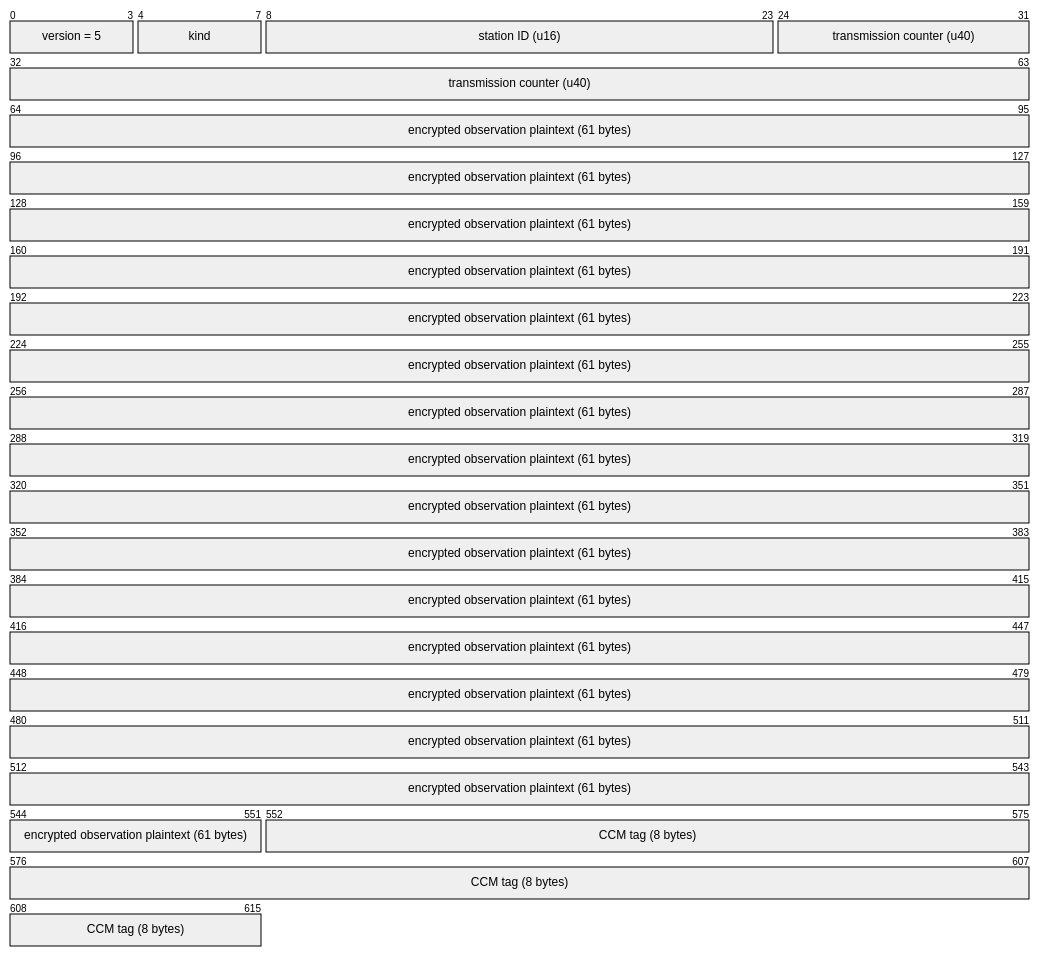
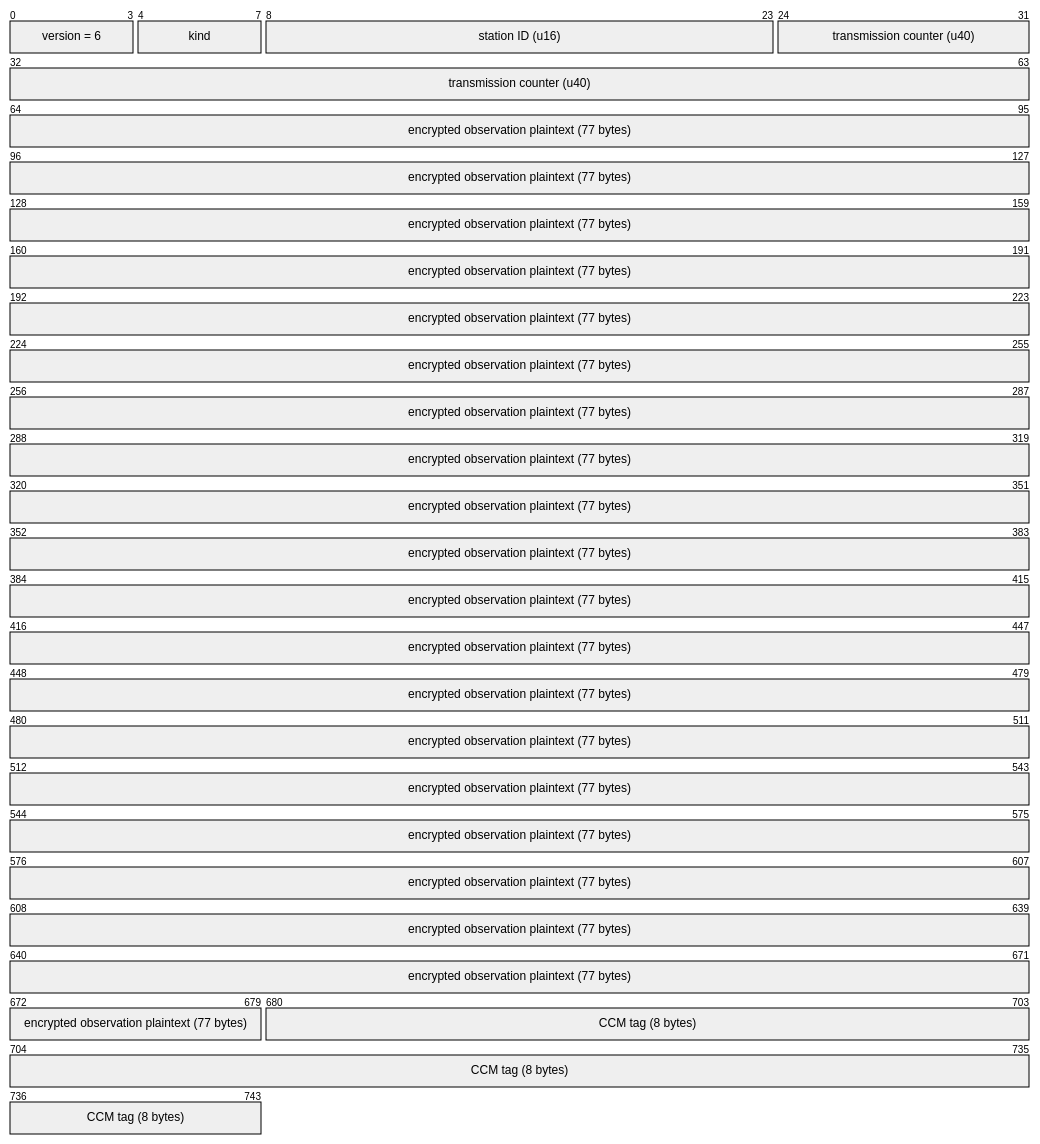
Before and after one commit to clintecker/weather-station-2026: the fourth of 8 diagrams in firmware/stage0-node/README.md, drawn with Mermaid. The commit also changed other lines of this file and 303 other files, not shown here.

````diff
--- a/firmware/stage0-node/README.md
+++ b/firmware/stage0-node/README.md
@@ -166,9 +181,9 @@
 ```mermaid
 packet-beta
-  0-3: "version = 5"
+  0-3: "version = 6"
   4-7: "kind"
   8-23: "station ID (u16)"
   24-63: "transmission counter (u40)"
-  64-551: "encrypted observation plaintext (61 bytes)"
-  552-615: "CCM tag (8 bytes)"
+  64-679: "encrypted observation plaintext (77 bytes)"
+  680-743: "CCM tag (8 bytes)"
 ```
````
